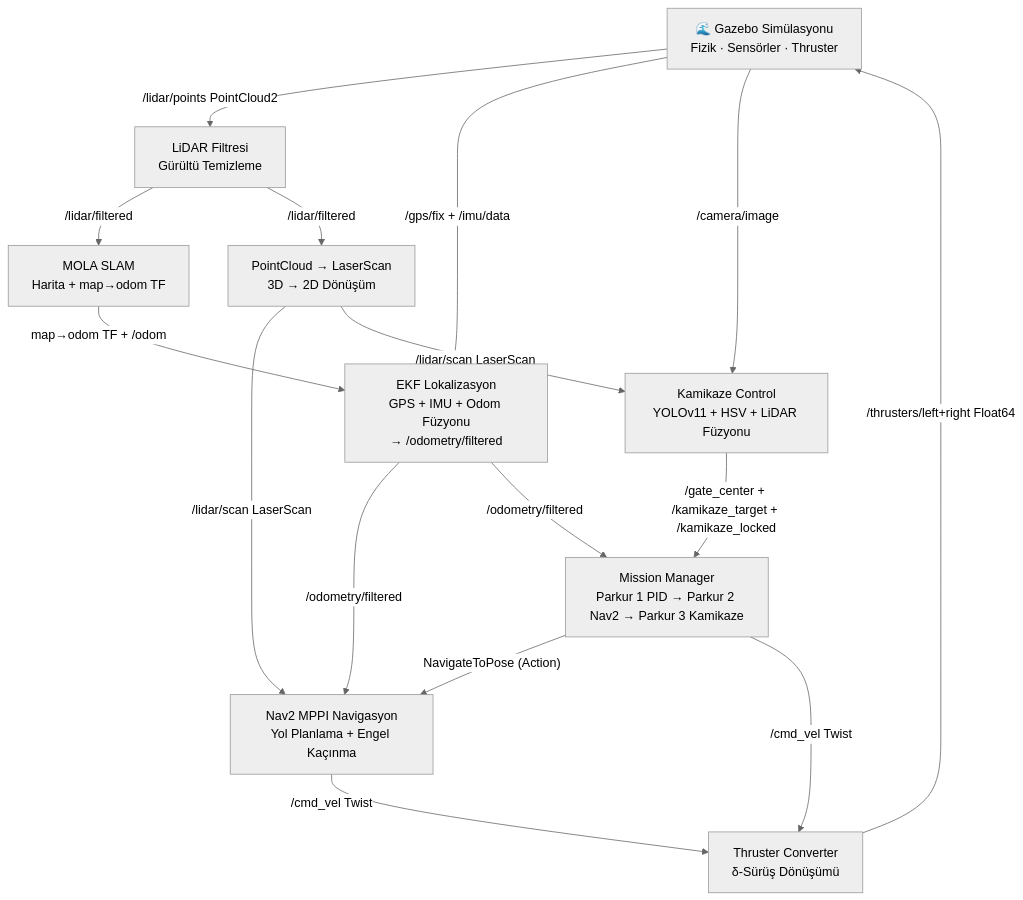
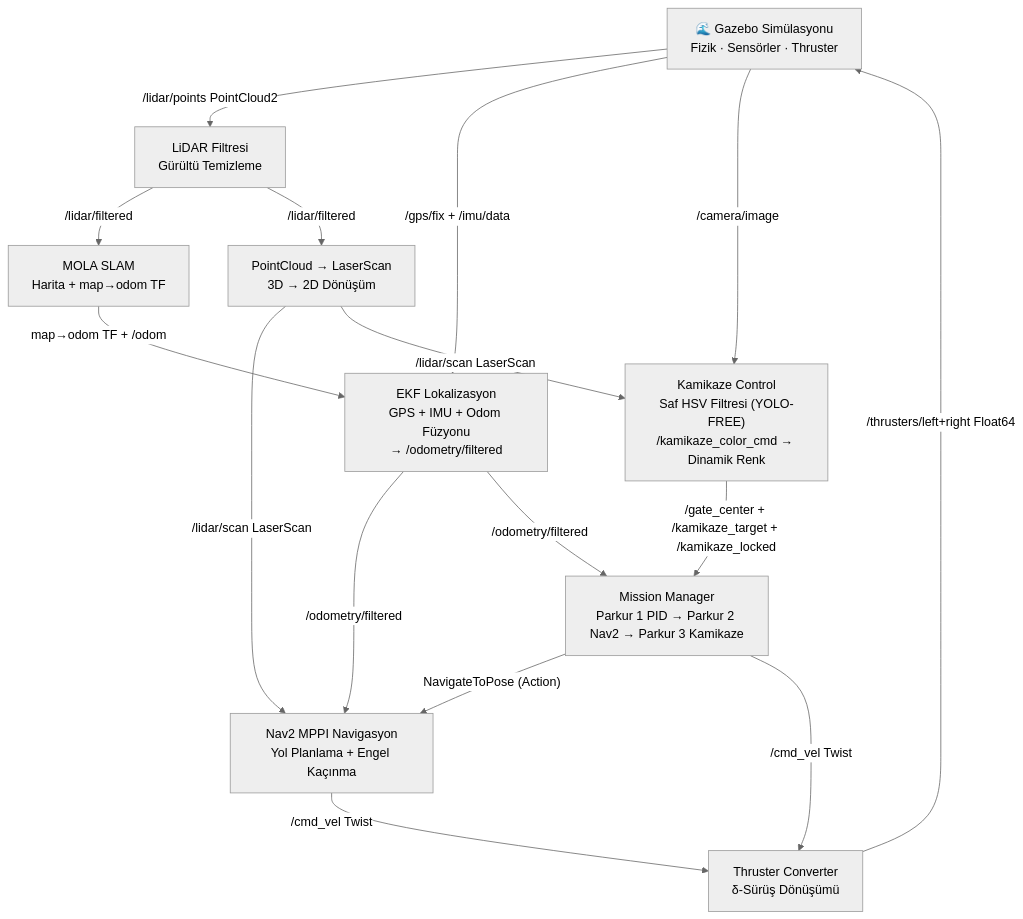
Before and after one commit to maliomacc/usv_sim: the diagram in README.md, drawn with Mermaid (neutral theme). The commit also changed other lines of this file and 6 other files, not shown here.

Commit message:
feat: YOLO'dan saf open cv hsv filtresine geçildi ve real_kamikaze_control.py adında eğitilmiş bir yolo modeli tespitine dayanarak çalışan min performans tüketen gerçek sistemdeki zed 1.0 cameraya  uygun kod hazırlandı.

````diff
--- a/README.md
+++ b/README.md
@@ -186,25 +209,25 @@
 ```mermaid
 flowchart TD
     SIM["🌊 Gazebo Simülasyonu\nFizik · Sensörler · Thruster"]
 
     LF["LiDAR Filtresi\nGürültü Temizleme"]
     PC["PointCloud → LaserScan\n3D → 2D Dönüşüm"]
     MOLA["MOLA SLAM\nHarita + map→odom TF"]
     LOC["EKF Lokalizasyon\nGPS + IMU + Odom Füzyonu\n→ /odometry/filtered"]
     NAV2["Nav2 MPPI Navigasyon\nYol Planlama + Engel Kaçınma"]
     MM["Mission Manager\nParkur 1 PID → Parkur 2 Nav2 → Parkur 3 Kamikaze"]
-    KMZ["Kamikaze Control\nYOLOv11 + HSV + LiDAR Füzyonu"]
+    KMZ["Kamikaze Control\nSaf HSV Filtresi (YOLO-FREE)\n/kamikaze_color_cmd → Dinamik Renk"]
     CONV["Thruster Converter\nδ-Sürüş Dönüşümü"]
 
     SIM -->|"/lidar/points PointCloud2"| LF
     SIM -->|"/gps/fix + /imu/data"| LOC
     SIM -->|"/camera/image"| KMZ
     LF -->|"/lidar/filtered"| MOLA & PC
     MOLA -->|"map→odom TF + /odom"| LOC
     PC -->|"/lidar/scan LaserScan"| NAV2 & KMZ
     LOC -->|"/odometry/filtered"| NAV2 & MM
     KMZ -->|"/gate_center + /kamikaze_target + /kamikaze_locked"| MM
     MM -->|"NavigateToPose (Action)"| NAV2
     MM & NAV2 -->|"/cmd_vel Twist"| CONV
     CONV -->|"/thrusters/left+right Float64"| SIM
 ```
````
